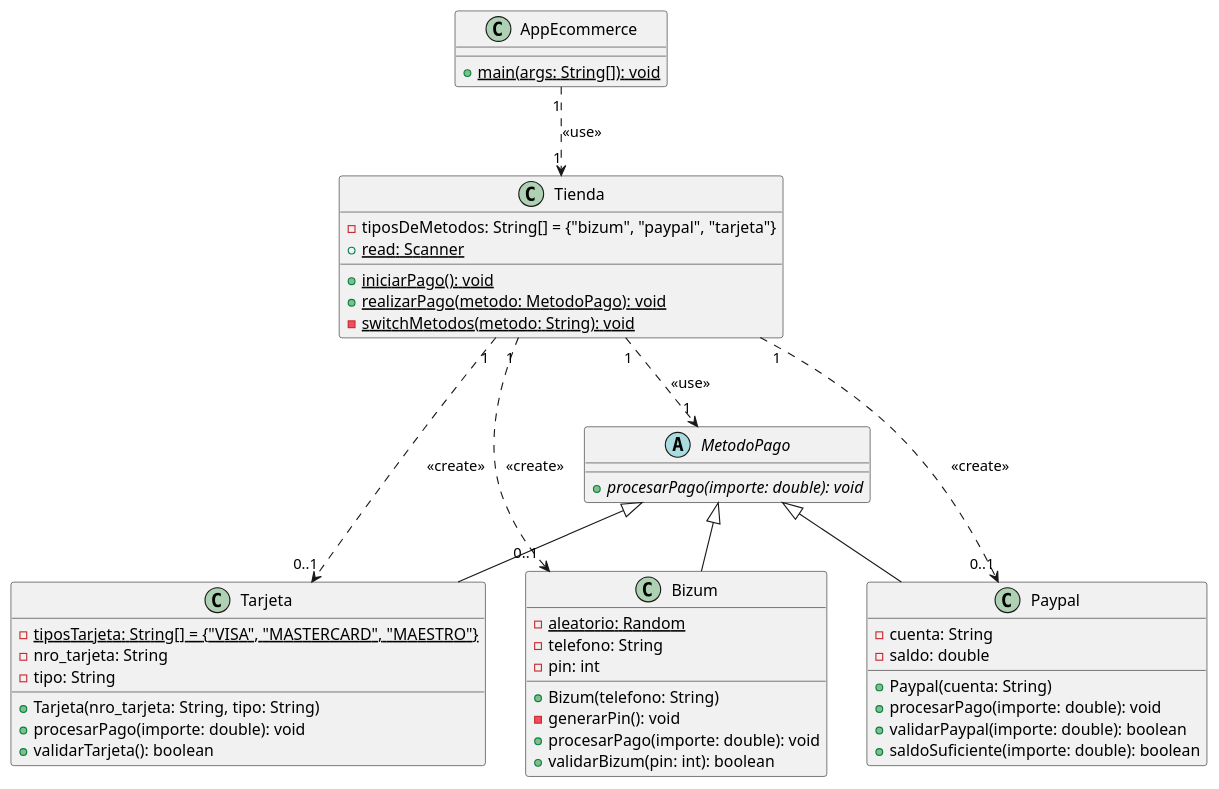
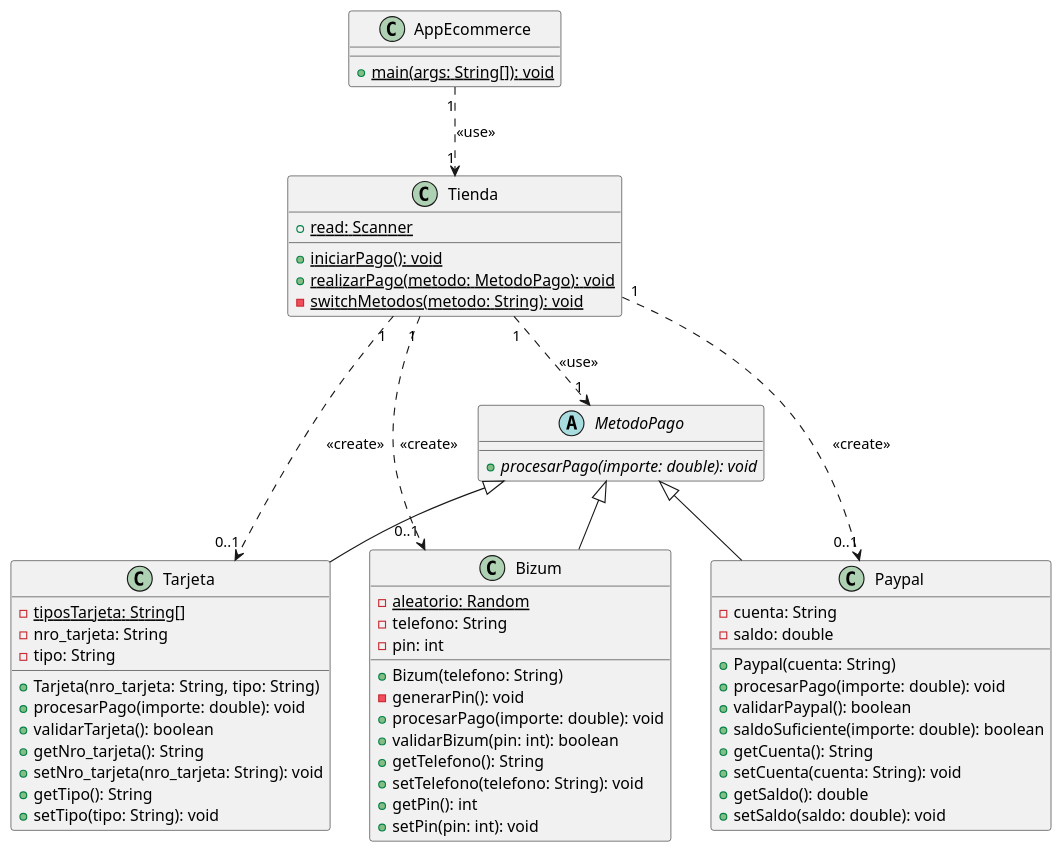
One commit to daidarzzz/Repositorio1DAM changed the diagram in ejercicios_DAM/src/main/java/org/example/TEMA6/Practica1/diagrama.puml. Above: the diagram before and after it, drawn with PlantUML. The commit also changed 7 other files, not shown here.

```diff
--- a/ejercicios_DAM/src/main/java/org/example/TEMA6/Practica1/diagrama.puml
+++ b/ejercicios_DAM/src/main/java/org/example/TEMA6/Practica1/diagrama.puml
@@ -1,65 +1,80 @@
 @startuml
 
 ' Clase abstracta MetodoPago
 abstract class MetodoPago {
     + {abstract} procesarPago(importe: double): void
 }
 
 ' Clase Tarjeta
 class Tarjeta {
-    - {static} tiposTarjeta: String[] = {"VISA", "MASTERCARD", "MAESTRO"}
+    - {static} tiposTarjeta: String[]
     - nro_tarjeta: String
     - tipo: String
     + Tarjeta(nro_tarjeta: String, tipo: String)
     + procesarPago(importe: double): void
     + validarTarjeta(): boolean
+    + getNro_tarjeta(): String
+    + setNro_tarjeta(nro_tarjeta: String): void
+    + getTipo(): String
+    + setTipo(tipo: String): void
 }
 
 ' Clase Paypal
 class Paypal {
     - cuenta: String
     - saldo: double
     + Paypal(cuenta: String)
     + procesarPago(importe: double): void
-    + validarPaypal(importe: double): boolean
+    + validarPaypal(): boolean
     + saldoSuficiente(importe: double): boolean
+    + getCuenta(): String
+    + setCuenta(cuenta: String): void
+    + getSaldo(): double
+    + setSaldo(saldo: double): void
 }
 
 ' Clase Bizum
 class Bizum {
     - {static} aleatorio: Random
     - telefono: String
     - pin: int
     + Bizum(telefono: String)
     - generarPin(): void
     + procesarPago(importe: double): void
     + validarBizum(pin: int): boolean
+    + getTelefono(): String
+    + setTelefono(telefono: String): void
+    + getPin(): int
+    + setPin(pin: int): void
 }
 
 ' Clase Tienda
 class Tienda {
-    - tiposDeMetodos: String[] = {"bizum", "paypal", "tarjeta"}
     + {static} read: Scanner
     + {static} iniciarPago(): void
     + {static} realizarPago(metodo: MetodoPago): void
     - {static} switchMetodos(metodo: String): void
 }
 
 ' Clase AppEcommerce
 class AppEcommerce {
     + {static} main(args: String[]): void
 }
 
-' Relaciones de herencia
+' ─── HERENCIA ───
 MetodoPago <|-- Tarjeta
 MetodoPago <|-- Paypal
 MetodoPago <|-- Bizum
 
-' Relaciones de uso/dependencia con cardinalidad correcta
-Tienda "1" ..> "1" MetodoPago : <<use>>
-Tienda "1" ..> "0..1" Tarjeta : <<create>>
-Tienda "1" ..> "0..1" Paypal : <<create>>
-Tienda "1" ..> "0..1" Bizum : <<create>>
+' ─── DEPENDENCIA: Tienda crea 0..1 de cada método ───
+Tienda "1" ..> "0..1" Tarjeta   : <<create>>
+Tienda "1" ..> "0..1" Paypal    : <<create>>
+Tienda "1" ..> "0..1" Bizum     : <<create>>
+
+' ─── USO POLIMÓRFICO: realizarPago recibe MetodoPago ───
+Tienda "1" ..> "1" MetodoPago   : <<use>>
+
+' ─── AppEcommerce inicia Tienda ───
 AppEcommerce "1" ..> "1" Tienda : <<use>>
 
 @enduml
```
